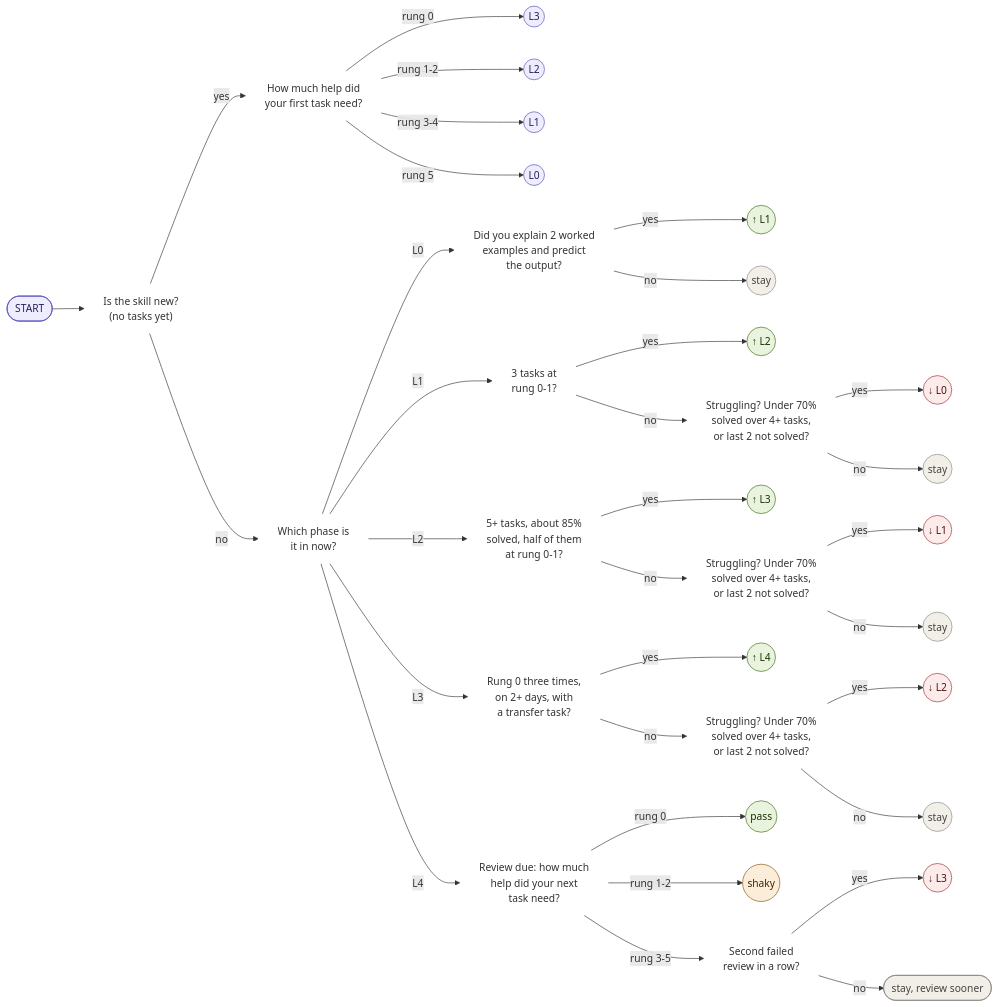
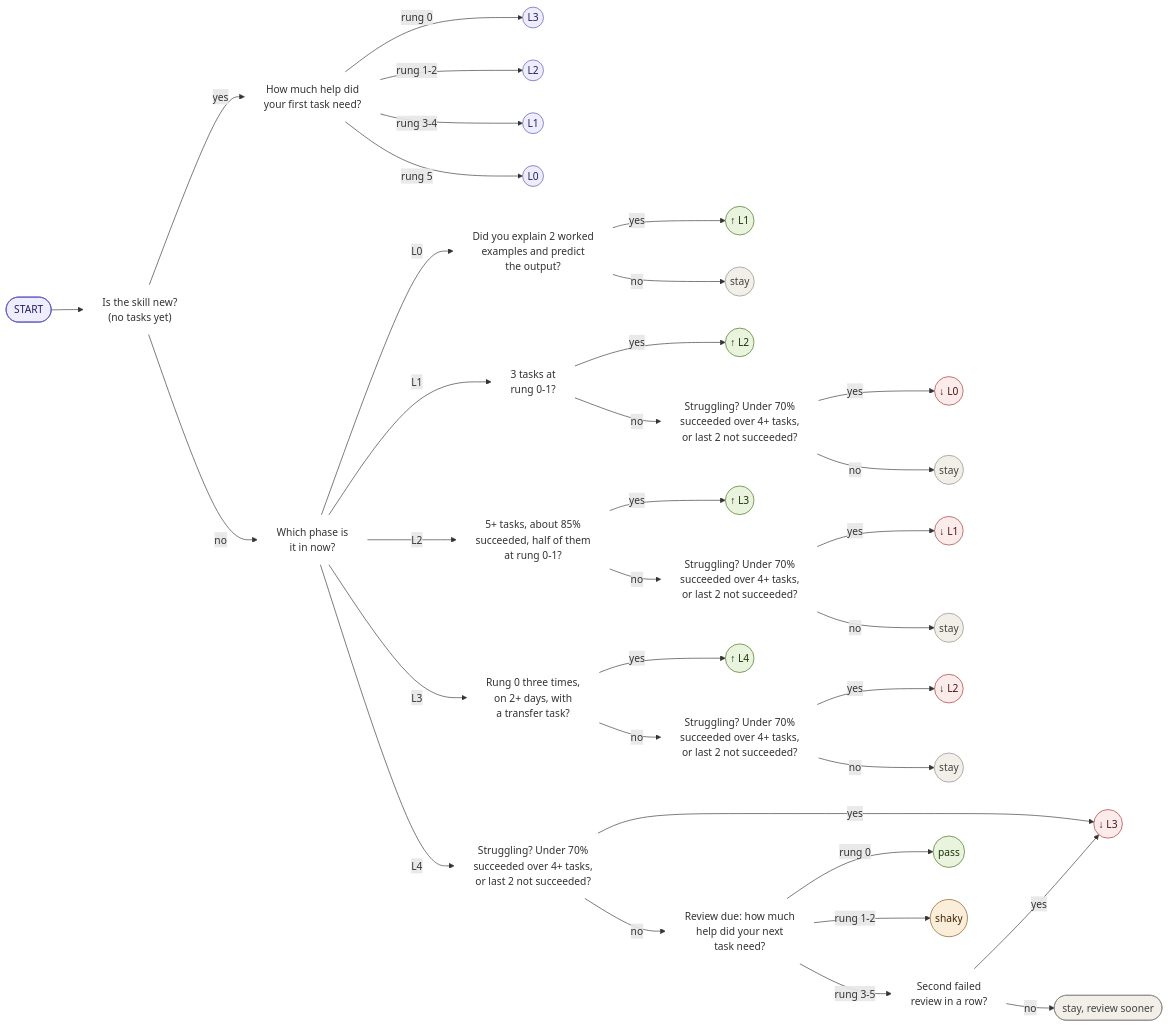
Before and after one commit to piethanegraaf/piethanegraaf.github.io: the second of 3 diagrams in docs/en/how-it-works.md, drawn with Mermaid. The commit also changed other lines of this file and 32 other files, not shown here.

````diff
--- a/docs/en/how-it-works.md
+++ b/docs/en/how-it-works.md
@@ -94,46 +96,48 @@
 ```mermaid
 flowchart LR
   START(["START"]) --> Q0["Is the skill new?<br/>(no tasks yet)"]
   Q0 -->|" yes "| QP["How much help did<br/>your first task need?"]
   QP -->|" rung 0 "| P3((" L3 "))
   QP -->|" rung 1-2 "| P2((" L2 "))
   QP -->|" rung 3-4 "| P1((" L1 "))
   QP -->|" rung 5 "| P0((" L0 "))
   Q0 -->|" no "| QF["Which phase is<br/>it in now?"]
   QF -->|" L0 "| A0["Did you explain 2 worked<br/>examples and predict<br/>the output?"]
   A0 -->|" yes "| U1((" ↑ L1 "))
   A0 -->|" no "| S0((" stay "))
   QF -->|" L1 "| A1["3 tasks at<br/>rung 0-1?"]
   A1 -->|" yes "| U2((" ↑ L2 "))
-  A1 -->|" no "| D1["Struggling? Under 70%<br/>solved over 4+ tasks,<br/>or last 2 not solved?"]
+  A1 -->|" no "| D1["Struggling? Under 70%<br/>succeeded over 4+ tasks,<br/>or last 2 not succeeded?"]
   D1 -->|" yes "| DN0((" ↓ L0 "))
   D1 -->|" no "| S1((" stay "))
-  QF -->|" L2 "| A2["5+ tasks, about 85%<br/>solved, half of them<br/>at rung 0-1?"]
+  QF -->|" L2 "| A2["5+ tasks, about 85%<br/>succeeded, half of them<br/>at rung 0-1?"]
   A2 -->|" yes "| U3((" ↑ L3 "))
-  A2 -->|" no "| D2["Struggling? Under 70%<br/>solved over 4+ tasks,<br/>or last 2 not solved?"]
+  A2 -->|" no "| D2["Struggling? Under 70%<br/>succeeded over 4+ tasks,<br/>or last 2 not succeeded?"]
   D2 -->|" yes "| DN1((" ↓ L1 "))
   D2 -->|" no "| S2((" stay "))
   QF -->|" L3 "| A3["Rung 0 three times,<br/>on 2+ days, with<br/>a transfer task?"]
   A3 -->|" yes "| U4((" ↑ L4 "))
-  A3 -->|" no "| D3["Struggling? Under 70%<br/>solved over 4+ tasks,<br/>or last 2 not solved?"]
+  A3 -->|" no "| D3["Struggling? Under 70%<br/>succeeded over 4+ tasks,<br/>or last 2 not succeeded?"]
   D3 -->|" yes "| DN2((" ↓ L2 "))
   D3 -->|" no "| S3((" stay "))
-  QF -->|" L4 "| A4["Review due: how much<br/>help did your next<br/>task need?"]
+  QF -->|" L4 "| D4["Struggling? Under 70%<br/>succeeded over 4+ tasks,<br/>or last 2 not succeeded?"]
+  D4 -->|" yes "| DN3((" ↓ L3 "))
+  D4 -->|" no "| A4["Review due: how much<br/>help did your next<br/>task need?"]
   A4 -->|" rung 0 "| PASS((" pass "))
   A4 -->|" rung 1-2 "| SHAKY((" shaky "))
   A4 -->|" rung 3-5 "| F["Second failed<br/>review in a row?"]
-  F -->|" yes "| DN3((" ↓ L3 "))
+  F -->|" yes "| DN3
   F -->|" no "| S4([" stay, review sooner "])
   classDef q fill:transparent,stroke:transparent
   classDef place fill:#EEEDFE,stroke:#534AB7,color:#26215C
   classDef up fill:#EAF3DE,stroke:#3B6D11,color:#173404
   classDef down fill:#FCEBEB,stroke:#A32D2D,color:#501313
   classDef stay fill:#F1EFE8,stroke:#888780,color:#444441
   classDef shaky fill:#FAEEDA,stroke:#854F0B,color:#412402
-  class Q0,QP,QF,A0,A1,A2,A3,A4,D1,D2,D3,F q
+  class Q0,QP,QF,A0,A1,A2,A3,A4,D1,D2,D3,D4,F q
   class START,P0,P1,P2,P3 place
   class U1,U2,U3,U4,PASS up
   class DN0,DN1,DN2,DN3 down
   class S0,S1,S2,S3,S4 stay
   class SHAKY shaky
 ```
````
